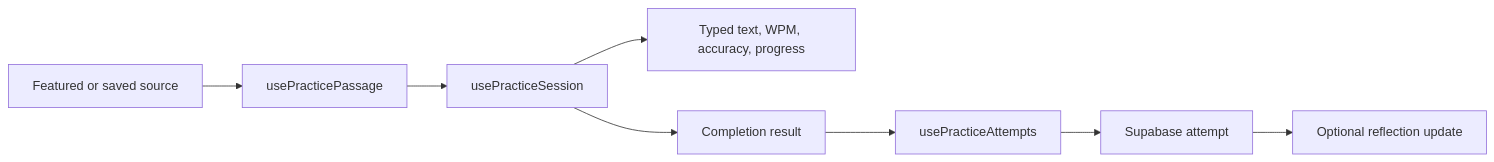
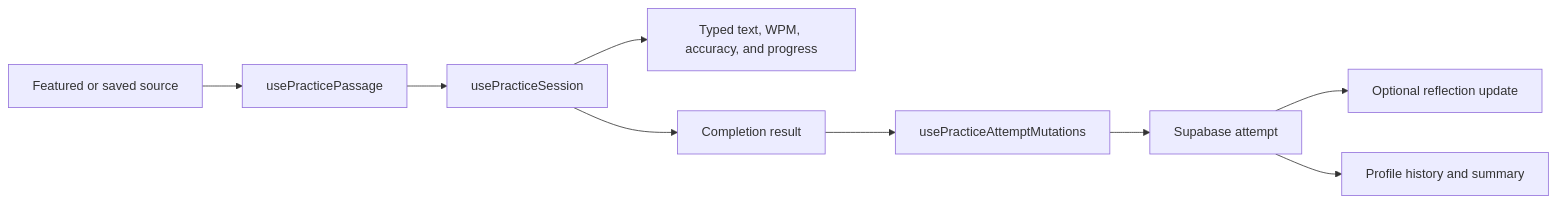
Before and after one commit to eirikenriquez/The-Word-per-Minute: the fourth of 4 diagrams in docs/architecture.md, drawn with Mermaid. The commit also changed other lines of this file and 2 other files, not shown here.

Commit message:
Update architecture documentation

````diff
--- a/docs/architecture.md
+++ b/docs/architecture.md
@@ -236,10 +248,11 @@
 ```mermaid
 flowchart LR
   source["Featured or saved source"] --> passage["usePracticePassage"]
   passage --> session["usePracticeSession"]
-  session --> metrics["Typed text, WPM, accuracy, progress"]
-  session --> complete["Completion result"]
-  complete --> attempts["usePracticeAttempts"]
-  attempts --> cloud["Supabase attempt"]
+  session --> metrics["Typed text, WPM, accuracy, and progress"]
+  session --> result["Completion result"]
+  result --> mutations["usePracticeAttemptMutations"]
+  mutations --> cloud["Supabase attempt"]
   cloud --> reflection["Optional reflection update"]
+  cloud --> history["Profile history and summary"]
 ```
````
